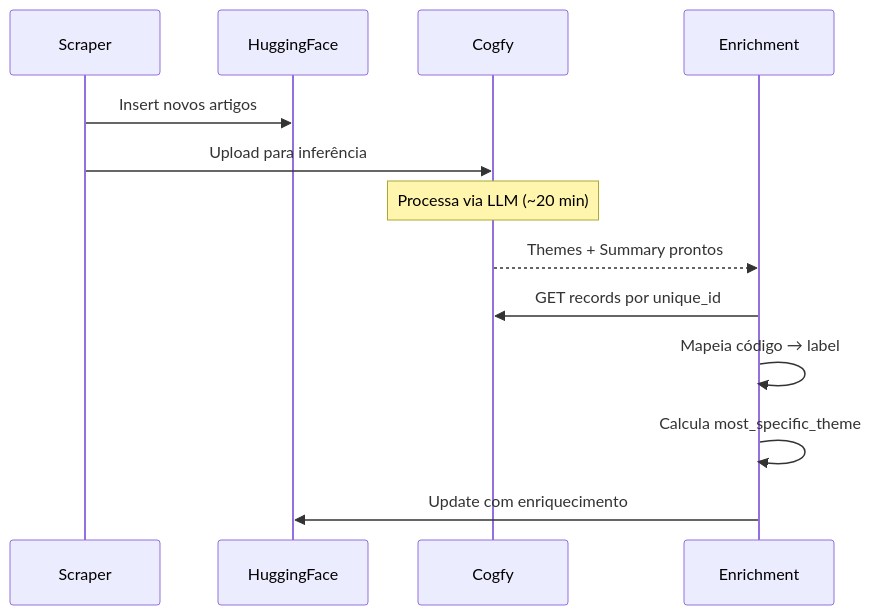
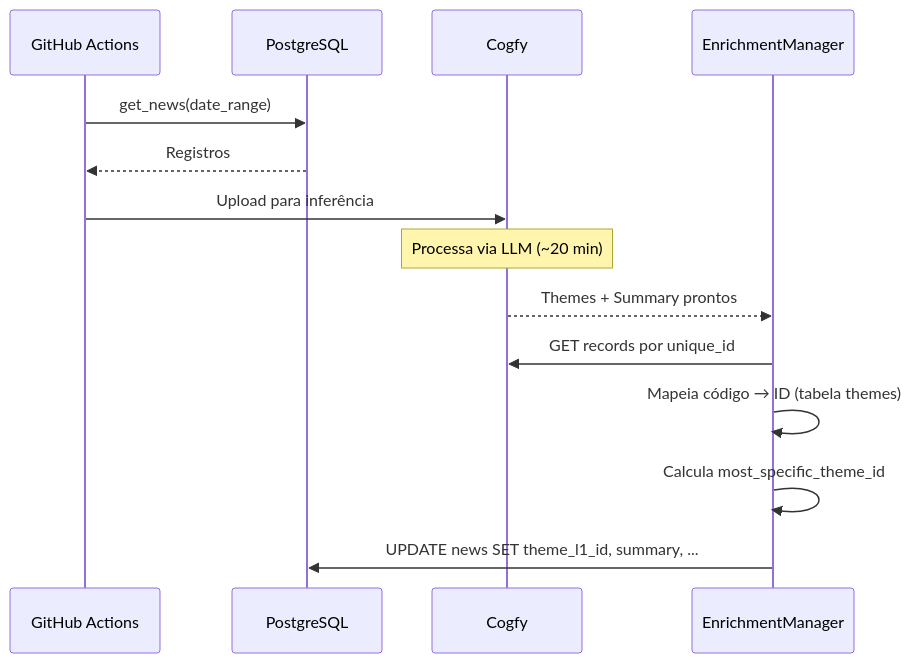
The second of 2 diagrams in docs/modulos/cogfy-integracao.md (destaquesgovbr/docs), drawn with Mermaid before and after one commit. The commit also changed other lines of this file and 5 other files, not shown here.

````diff
--- a/docs/modulos/cogfy-integracao.md
+++ b/docs/modulos/cogfy-integracao.md
@@ -283,16 +286,17 @@
 ```mermaid
 sequenceDiagram
-    participant SC as Scraper
-    participant HF as HuggingFace
+    participant GH as GitHub Actions
+    participant PG as PostgreSQL
     participant CF as Cogfy
-    participant EN as Enrichment
+    participant EN as EnrichmentManager
 
-    SC->>HF: Insert novos artigos
-    SC->>CF: Upload para inferência
+    GH->>PG: get_news(date_range)
+    PG-->>GH: Registros
+    GH->>CF: Upload para inferência
     Note over CF: Processa via LLM (~20 min)
     CF-->>EN: Themes + Summary prontos
     EN->>CF: GET records por unique_id
-    EN->>EN: Mapeia código → label
-    EN->>EN: Calcula most_specific_theme
-    EN->>HF: Update com enriquecimento
+    EN->>EN: Mapeia código → ID (tabela themes)
+    EN->>EN: Calcula most_specific_theme_id
+    EN->>PG: UPDATE news SET theme_l1_id, summary, ...
 ```
````
